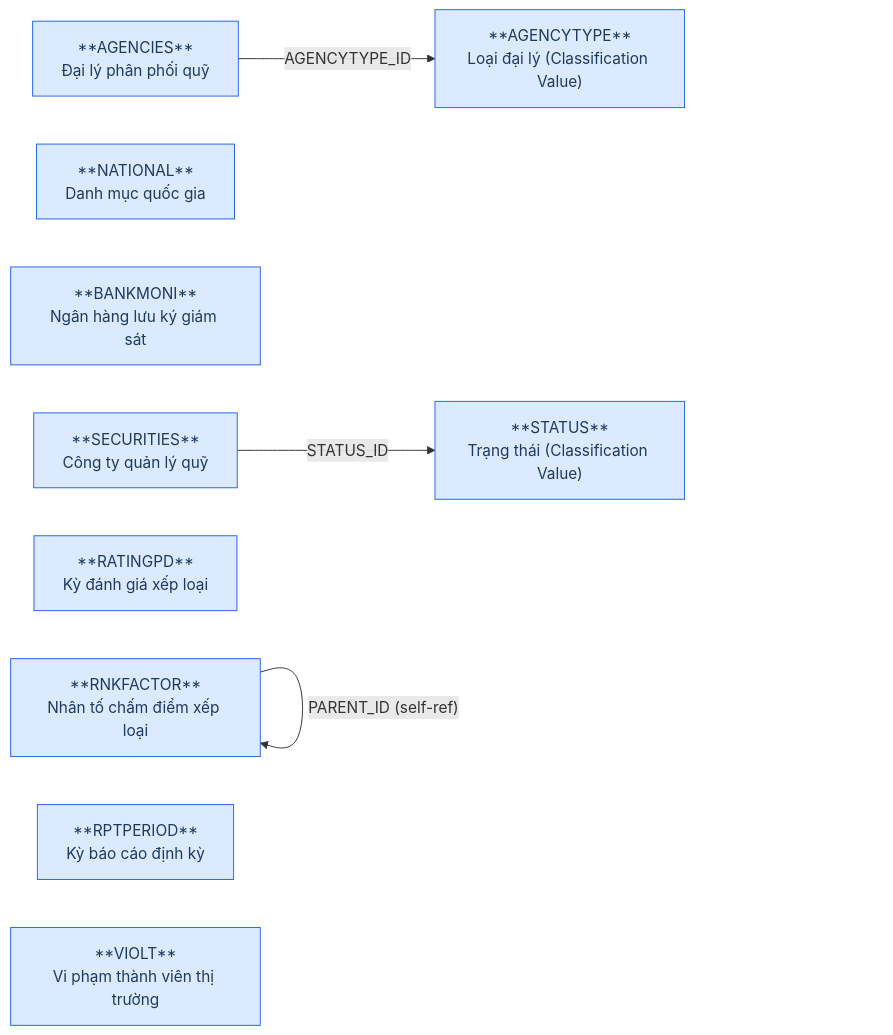
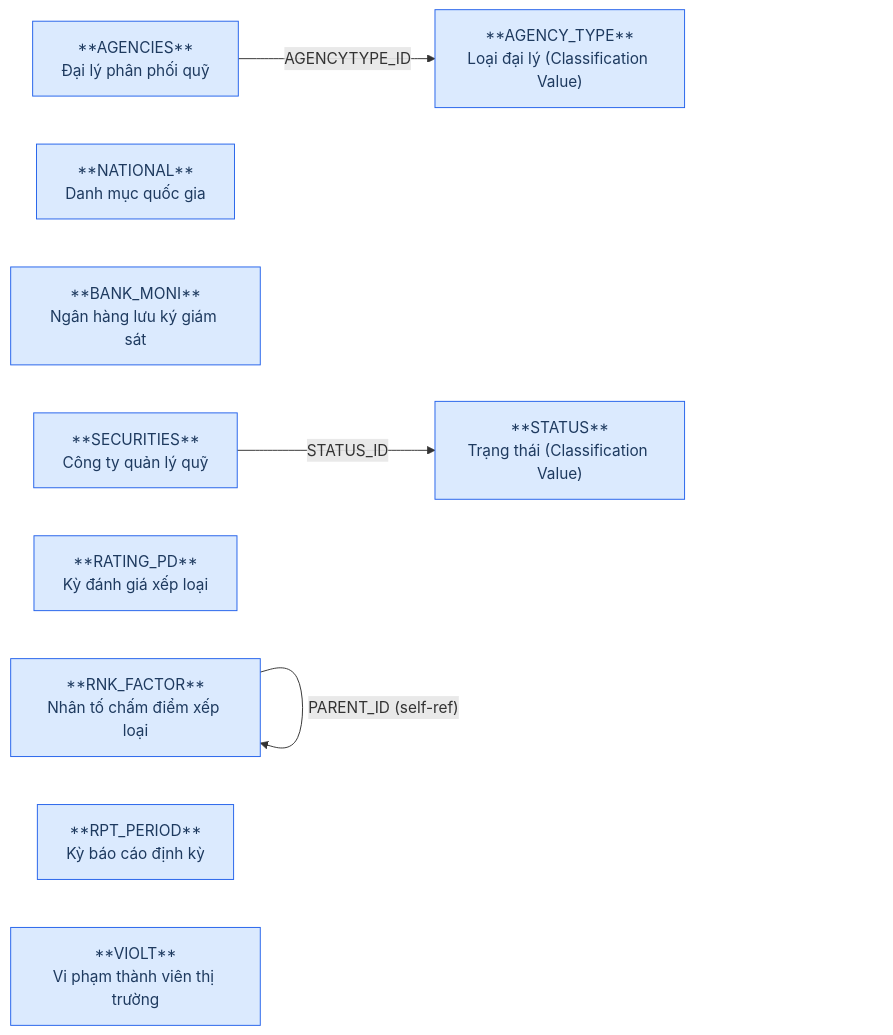
The first of 2 diagrams in DataModel/working/Atomic/hld/FMS_HLD_Tier1.md (linhlvit/ubck_atomic_design), drawn with Mermaid before and after one commit. The commit also changed other lines of this file and 9 other files, not shown here.

````diff
--- a/DataModel/working/Atomic/hld/FMS_HLD_Tier1.md
+++ b/DataModel/working/Atomic/hld/FMS_HLD_Tier1.md
@@ -26,19 +26,19 @@
 ```mermaid
 graph LR
     classDef src fill:#dbeafe,stroke:#2563eb,color:#1e3a5f
 
     SECURITIES["**SECURITIES**\nCông ty quản lý quỹ"]:::src
     NATIONAL["**NATIONAL**\nDanh mục quốc gia"]:::src
-    BANKMONI["**BANKMONI**\nNgân hàng lưu ký giám sát"]:::src
+    BANK_MONI["**BANK_MONI**\nNgân hàng lưu ký giám sát"]:::src
     AGENCIES["**AGENCIES**\nĐại lý phân phối quỹ"]:::src
-    RATINGPD["**RATINGPD**\nKỳ đánh giá xếp loại"]:::src
-    RNKFACTOR["**RNKFACTOR**\nNhân tố chấm điểm xếp loại"]:::src
-    RPTPERIOD["**RPTPERIOD**\nKỳ báo cáo định kỳ"]:::src
+    RATING_PD["**RATING_PD**\nKỳ đánh giá xếp loại"]:::src
+    RNK_FACTOR["**RNK_FACTOR**\nNhân tố chấm điểm xếp loại"]:::src
+    RPT_PERIOD["**RPT_PERIOD**\nKỳ báo cáo định kỳ"]:::src
     VIOLT["**VIOLT**\nVi phạm thành viên thị trường"]:::src
-    AGENCYTYPE["**AGENCYTYPE**\nLoại đại lý (Classification Value)"]:::src
+    AGENCY_TYPE["**AGENCY_TYPE**\nLoại đại lý (Classification Value)"]:::src
     STATUS["**STATUS**\nTrạng thái (Classification Value)"]:::src
 
-    AGENCIES -->|"AGENCYTYPE_ID"| AGENCYTYPE
-    RNKFACTOR -->|"PARENT_ID (self-ref)"| RNKFACTOR
+    AGENCIES -->|"AGENCYTYPE_ID"| AGENCY_TYPE
+    RNK_FACTOR -->|"PARENT_ID (self-ref)"| RNK_FACTOR
     SECURITIES -->|"STATUS_ID"| STATUS
 ```
````
